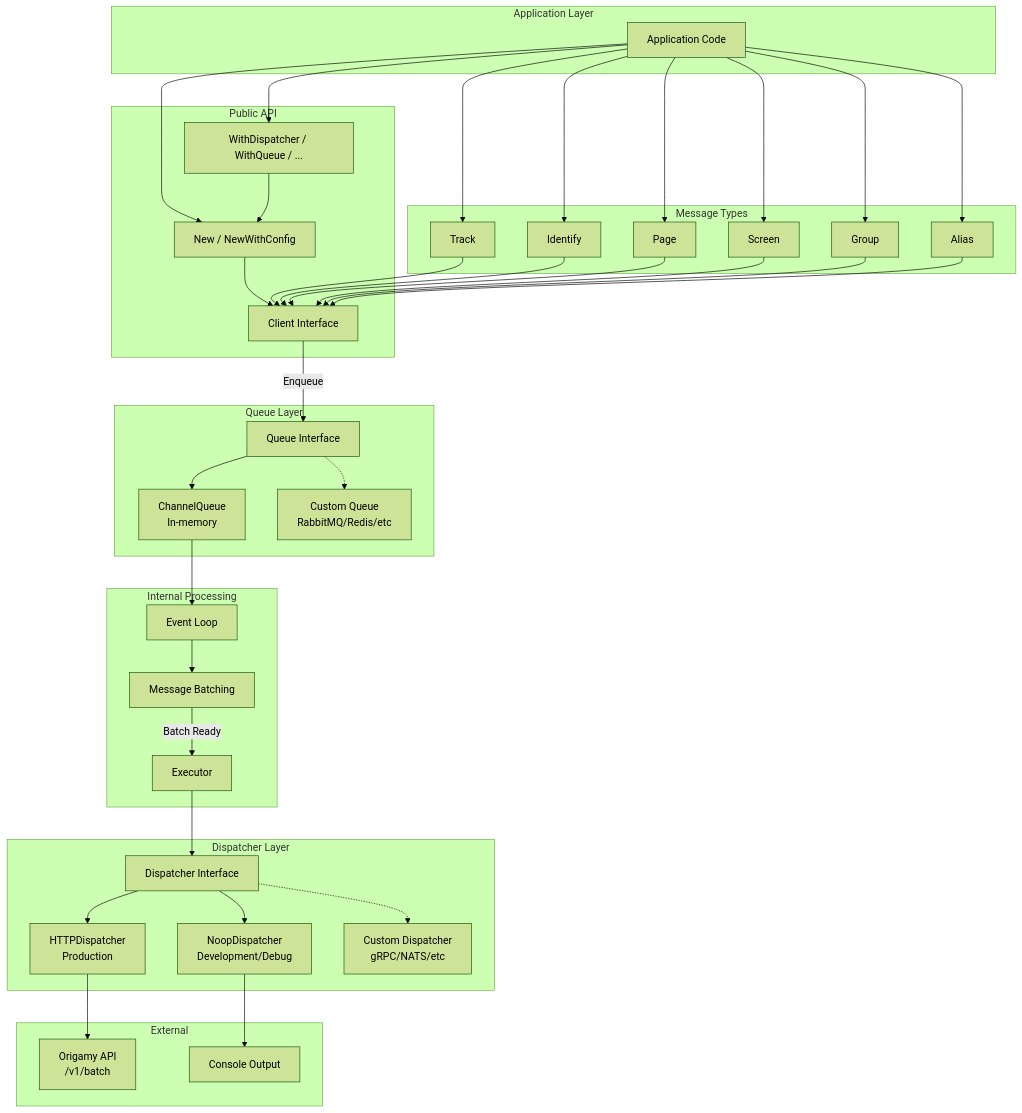
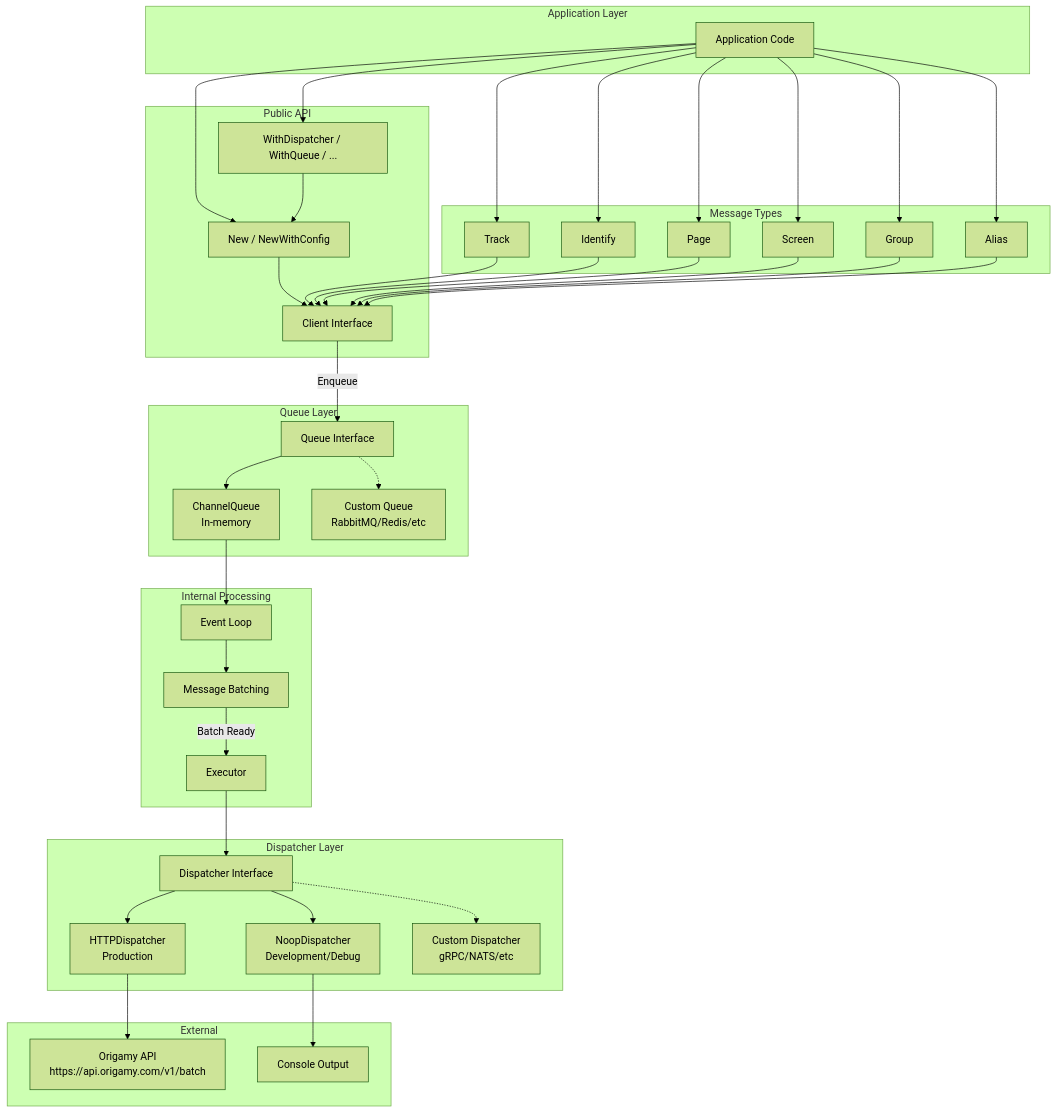
One commit to QubelyLabs/origamy-go-sdk changed the first of 8 diagrams in ARCH.md. Above: the diagram before and after it, drawn with Mermaid (forest theme). The commit also changed other lines of this file and 2 other files, not shown here.

````diff
--- a/ARCH.md
+++ b/ARCH.md
@@ -11,68 +11,68 @@
 ```mermaid
 graph TB
     subgraph "Application Layer"
         App[Application Code]
     end
 
     subgraph "Public API"
         Client[Client Interface]
         New[New / NewWithConfig]
         Options[WithDispatcher / WithQueue / ...]
     end
 
     subgraph "Message Types"
         Track[Track]
         Identify[Identify]
         Page[Page]
         Screen[Screen]
         Group[Group]
         Alias[Alias]
     end
 
     subgraph "Queue Layer"
         QueueInterface[Queue Interface]
         ChannelQueue[ChannelQueue<br>In-memory]
         CustomQueue[Custom Queue<br>RabbitMQ/Redis/etc]
     end
 
     subgraph "Internal Processing"
         Loop[Event Loop]
         Batch[Message Batching]
         Executor[Executor]
     end
 
     subgraph "Dispatcher Layer"
         DispatcherInterface[Dispatcher Interface]
         HTTPDispatcher[HTTPDispatcher<br>Production]
         NoopDispatcher[NoopDispatcher<br>Development/Debug]
         CustomDispatcher[Custom Dispatcher<br>gRPC/NATS/etc]
     end
 
     subgraph "External"
-        OrigamyAPI[Origamy API<br>/v1/batch]
+        OrigamyAPI[Origamy API<br>https://api.origamy.com/v1/batch]
         Console[Console Output]
     end
 
     App --> New
     App --> Options
     Options --> New
     New --> Client
     App --> Track & Identify & Page & Screen & Group & Alias
     Track & Identify & Page & Screen & Group & Alias --> Client
 
     Client -->|Enqueue| QueueInterface
     QueueInterface --> ChannelQueue
     QueueInterface -.-> CustomQueue
 
     ChannelQueue --> Loop
     Loop --> Batch
     Batch -->|Batch Ready| Executor
 
     Executor --> DispatcherInterface
     DispatcherInterface --> HTTPDispatcher
     DispatcherInterface --> NoopDispatcher
     DispatcherInterface -.-> CustomDispatcher
 
     HTTPDispatcher --> OrigamyAPI
     NoopDispatcher --> Console
 ```
````
